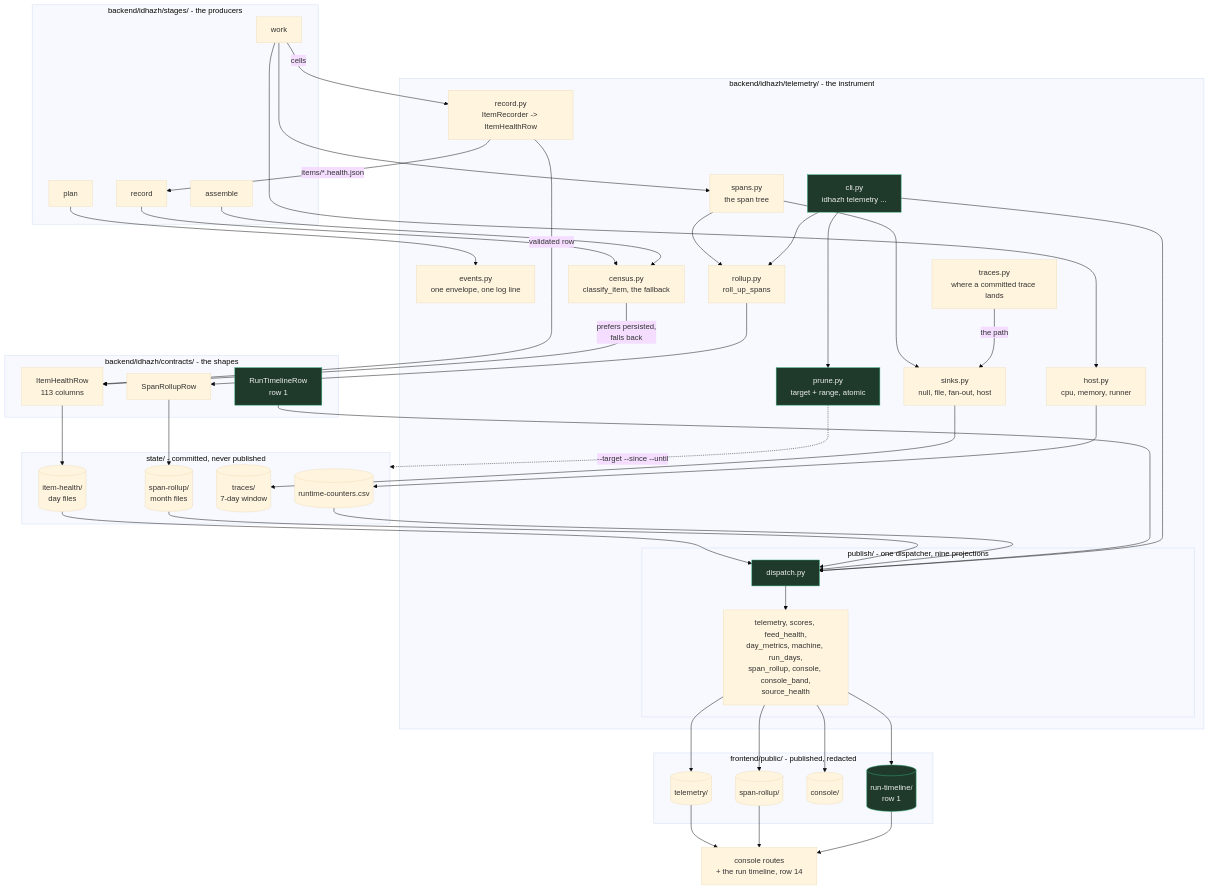
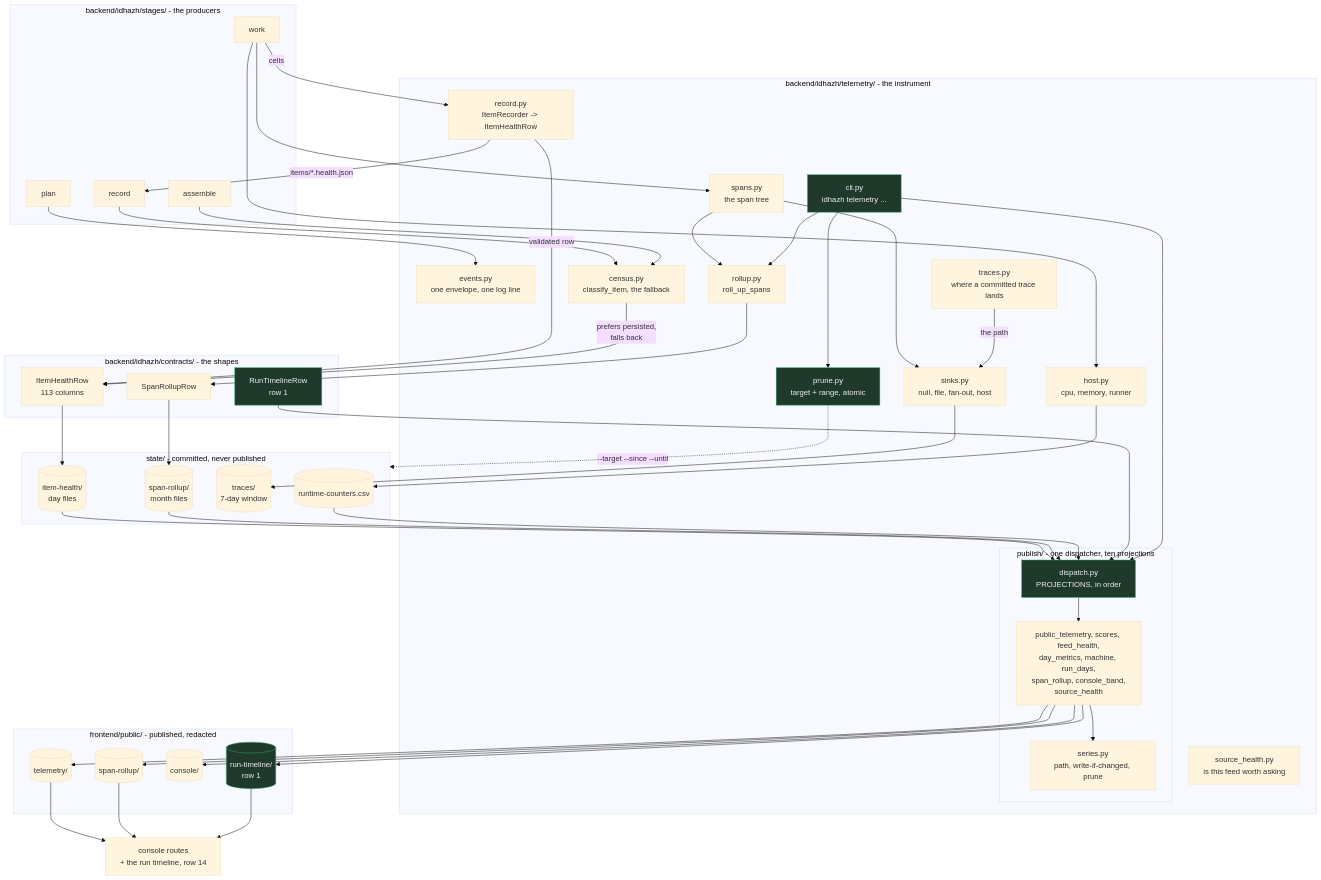
Before and after one commit to miztiik/yen-idhazh: the diagram in TODO/20260915-32-telemetry-package-plan.md, drawn with Mermaid (base theme). The commit also changed other lines of this file and 62 other files, not shown here.

````diff
--- a/TODO/20260915-32-telemetry-package-plan.md
+++ b/TODO/20260915-32-telemetry-package-plan.md
@@ -72,78 +72,81 @@
 ```mermaid
 flowchart TB
     subgraph stages["backend/idhazh/stages/ - the producers"]
         plan_s["plan"]
         work_s["work"]
         record_s["record"]
         assemble_s["assemble"]
     end
 
     subgraph tel["backend/idhazh/telemetry/ - the instrument"]
         events["events.py<br/>one envelope, one log line"]
         record_m["record.py<br/>ItemRecorder -> ItemHealthRow"]
         census["census.py<br/>classify_item, the fallback"]
         spans["spans.py<br/>the span tree"]
         sinks["sinks.py<br/>null, file, fan-out, host"]
         traces_m["traces.py<br/>where a committed trace lands"]
         rollup["rollup.py<br/>roll_up_spans"]
         host["host.py<br/>cpu, memory, runner"]
+        feeds["source_health.py<br/>is this feed worth asking"]
         prune_m["prune.py<br/>target + range, atomic"]
         cli_m["cli.py<br/>idhazh telemetry ..."]
-        subgraph pub["publish/ - one dispatcher, nine projections"]
-            dispatch["dispatch.py"]
-            proj["telemetry, scores, feed_health,<br/>day_metrics, machine, run_days,<br/>span_rollup, console, console_band,<br/>source_health"]
+        subgraph pub["publish/ - one dispatcher, ten projections"]
+            dispatch["dispatch.py<br/>PROJECTIONS, in order"]
+            rule["series.py<br/>path, write-if-changed, prune"]
+            proj["public_telemetry, scores, feed_health,<br/>day_metrics, machine, run_days,<br/>span_rollup, console_band,<br/>source_health"]
         end
     end
 
     subgraph contracts["backend/idhazh/contracts/ - the shapes"]
         ihr["ItemHealthRow<br/>113 columns"]
         srr["SpanRollupRow"]
         rtr["RunTimelineRow<br/>row 1"]
     end
 
     subgraph state["state/ - committed, never published"]
         ih[("item-health/<br/>day files")]
         sr[("span-rollup/<br/>month files")]
         tr[("traces/<br/>7-day window")]
         rc[("runtime-counters.csv")]
     end
 
     subgraph public["frontend/public/ - published, redacted"]
         ptel[("telemetry/")]
         pspan[("span-rollup/")]
         pcon[("console/")]
         ptime[("run-timeline/<br/>row 1")]
     end
 
     console["console routes<br/>+ the run timeline, row 14"]
 
     work_s -->|"cells"| record_m
     work_s --> spans
     work_s --> host
     plan_s --> events
     record_m -->|"validated row"| ihr
     record_m -->|"items/*.health.json"| record_s
     record_s --> census
     assemble_s --> census
     census -->|"prefers persisted,<br/>falls back"| ihr
     ihr --> ih
     spans --> sinks
     traces_m -->|"the path"| sinks
     sinks --> tr
     spans --> rollup
     rollup --> srr --> sr
     host --> rc
     ih --> dispatch
     sr --> dispatch
     rc --> dispatch
     rtr --> dispatch
     dispatch --> proj
+    proj --> rule
     proj --> ptel & pspan & pcon & ptime
     ptel & pspan & ptime --> console
     prune_m -.->|"--target --since --until"| state
     cli_m --> prune_m & dispatch & rollup
 
     classDef gone fill:#3a1f1f,stroke:#a33,color:#eee
     classDef new fill:#1f3a2a,stroke:#3a7,color:#eee
     class rtr,ptime,prune_m,cli_m,dispatch new
 ```
````
